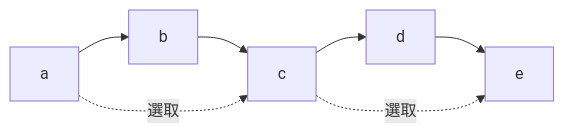
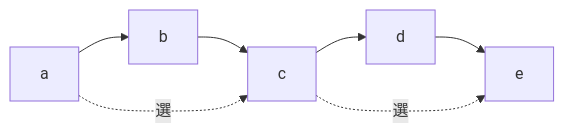
Before and after one commit to davidchen0970/algorithm_note: the second of 3 diagrams in 09_dynamic_programming/41_subsequence_dp.md, drawn with Mermaid. The commit also changed other lines of this file, not shown here.

````diff
--- a/09_dynamic_programming/41_subsequence_dp.md
+++ b/09_dynamic_programming/41_subsequence_dp.md
@@ -65,6 +103,6 @@
 ```mermaid
 flowchart LR
     A["a"] --> B["b"] --> C["c"] --> D["d"] --> E["e"]
-    A -. "選取" .-> C
-    C -. "選取" .-> E
+    A -. "選" .-> C
+    C -. "選" .-> E
 ```
````
